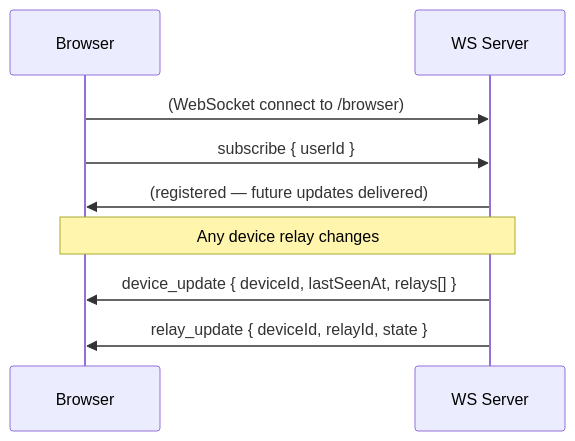
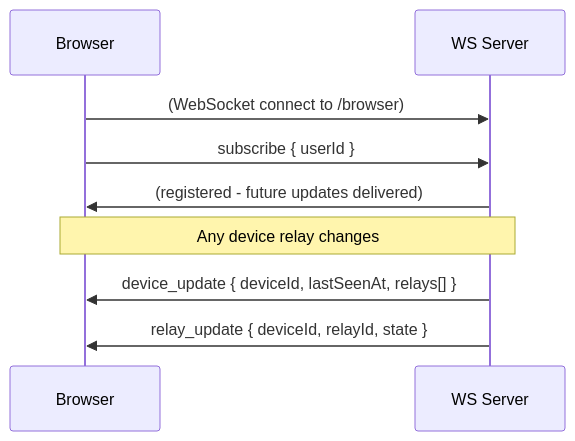
Before and after one commit to paraswtf/smarthub: the second of 2 diagrams in docs/websocket-protocol.md, drawn with Mermaid. The commit also changed other lines of this file and 58 other files, not shown here.

````diff
--- a/docs/websocket-protocol.md
+++ b/docs/websocket-protocol.md
@@ -75,13 +75,13 @@
 ```mermaid
 sequenceDiagram
     participant BR as Browser
     participant WS as WS Server
 
     BR->>WS: (WebSocket connect to /browser)
     BR->>WS: subscribe { userId }
-    WS->>BR: (registered — future updates delivered)
+    WS->>BR: (registered - future updates delivered)
 
     Note over WS,BR: Any device relay changes
     WS->>BR: device_update { deviceId, lastSeenAt, relays[] }
     WS->>BR: relay_update { deviceId, relayId, state }
 ```
````
